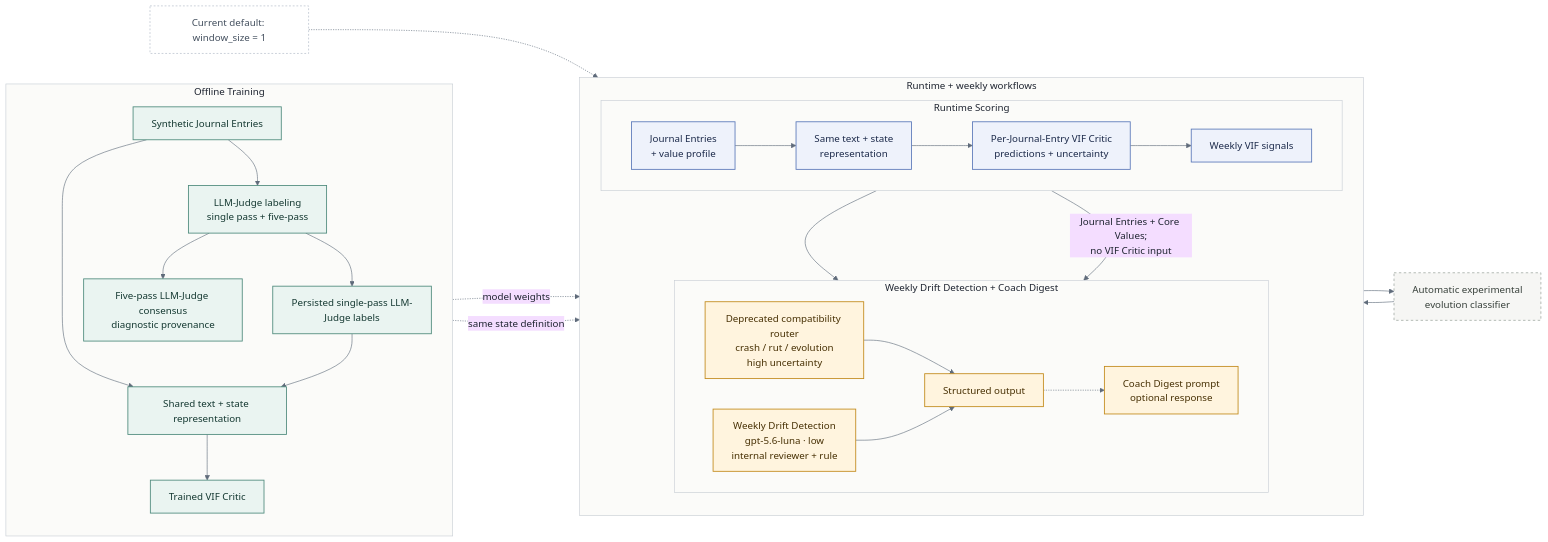
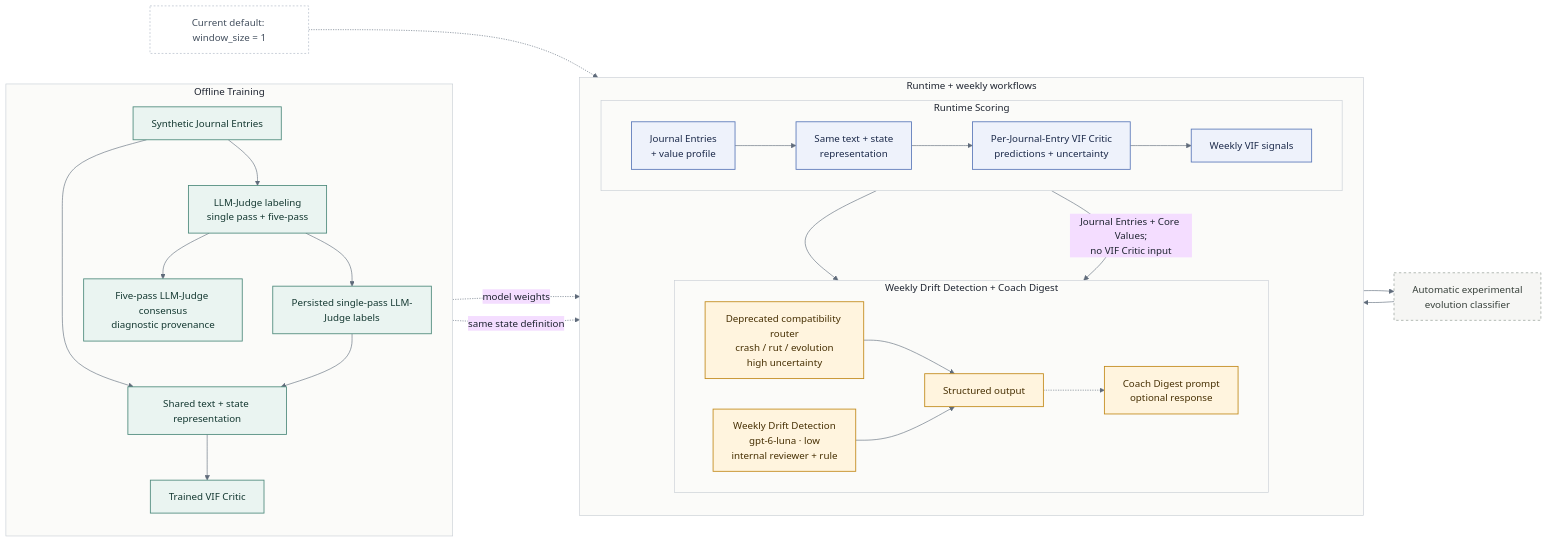
Before and after one commit to DesmondChoy/twinkl: the diagram in docs/vif/publication_system_architecture.mmd, drawn with Mermaid. The commit also changed 27 other files, not shown here.

```diff
--- a/docs/vif/publication_system_architecture.mmd
+++ b/docs/vif/publication_system_architecture.mmd
@@ -1,72 +1,72 @@
 %%{init: {
   'theme': 'base',
   'themeVariables': {
     'fontFamily': 'Aptos, Calibri, Arial, sans-serif',
     'background': '#FFFFFF',
     'lineColor': '#5F6B7A',
     'primaryTextColor': '#1E2430',
     'secondaryTextColor': '#1E2430',
     'tertiaryTextColor': '#1E2430',
     'clusterBkg': '#FBFBF9',
     'clusterBorder': '#C7CDD4'
   }
 }}%%
 flowchart LR
     classDef offline fill:#EAF4F1,stroke:#4E8A7C,color:#143831,stroke-width:1.4px;
     classDef runtime fill:#EEF2FB,stroke:#5A78B9,color:#1C2A4A,stroke-width:1.4px;
     classDef coach fill:#FFF4DE,stroke:#C28A1B,color:#473004,stroke-width:1.4px;
     classDef optional fill:#F6F6F4,stroke:#9AA39D,color:#38413B,stroke-dasharray: 4 4,stroke-width:1.2px;
     classDef note fill:#FFFFFF,stroke:#AAB4C2,color:#44505F,stroke-dasharray: 3 3;
 
     subgraph offline_lane["Offline Training"]
         direction TB
         synth["Synthetic Journal Entries"]
         judge["LLM-Judge labeling<br/>single pass + five-pass"]
         labels["Persisted single-pass LLM-Judge labels"]
         consensus["Five-pass LLM-Judge consensus<br/>diagnostic provenance"]
         shared_train["Shared text + state representation"]
         critic_model["Trained VIF Critic"]
         synth --> shared_train --> critic_model
         synth --> judge
         judge --> labels
         judge --> consensus
         labels --> shared_train
     end
 
     subgraph product_lane["Runtime + weekly workflows"]
         direction TB
         subgraph runtime_lane["Runtime Scoring"]
             direction LR
             history["Journal Entries<br/>+ value profile"]
             shared_runtime["Same text + state<br/>representation"]
             entry_scores["Per-Journal-Entry VIF Critic<br/>predictions + uncertainty"]
             weekly["Weekly VIF signals"]
             history --> shared_runtime --> entry_scores --> weekly
         end
         subgraph coach_lane["Weekly Drift Detection + Coach Digest"]
             direction LR
             drift["Deprecated compatibility router<br/>crash / rut / evolution<br/>high uncertainty"]
-            drift_v1["Weekly Drift Detection<br/>gpt-5.6-luna · low<br/>internal reviewer + rule"]
+            drift_v1["Weekly Drift Detection<br/>gpt-6-luna · low<br/>internal reviewer + rule"]
             digest["Structured output"]
             coach["Coach Digest prompt<br/>optional response"]
             drift --> digest -.-> coach
         end
     end
 
     critic_model -. "model weights" .-> entry_scores
     shared_train -. "same state definition" .-> shared_runtime
     weekly --> drift
     history -->|"Journal Entries + Core Values;<br/>no VIF Critic input"| drift_v1
     drift_v1 --> digest
 
     evolution["Automatic experimental<br/>evolution classifier"]
     weekly --> evolution --> drift
 
     default_note["Current default: window_size = 1"]
     default_note -.-> shared_runtime
 
     class synth,judge,labels,consensus,shared_train,critic_model offline;
     class history,shared_runtime,entry_scores,weekly runtime;
     class drift,drift_v1,digest,coach coach;
     class evolution optional;
     class default_note note;
```
